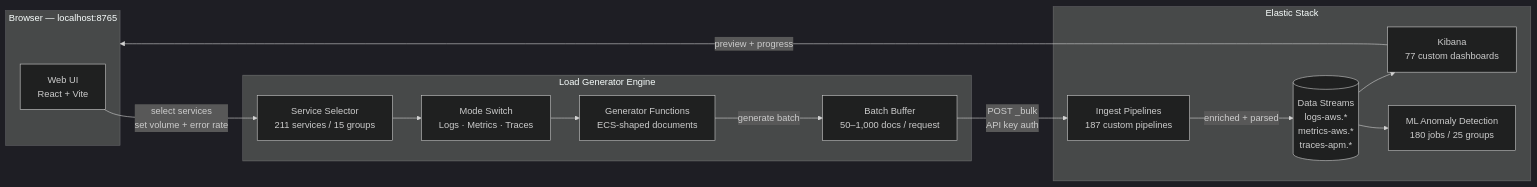
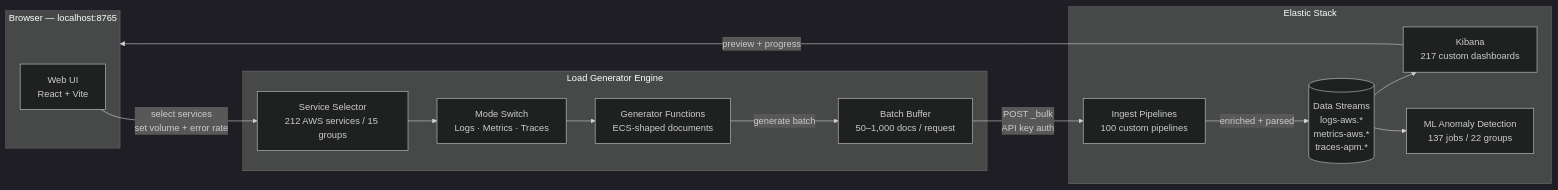
Before and after one commit to rkernutt/cloud-to-elastic-load-generator: the first of 14 diagrams in docs/diagrams.md, drawn with Mermaid (dark theme). The commit also changed other lines of this file and 13 other files, not shown here.

````diff
--- a/docs/diagrams.md
+++ b/docs/diagrams.md
@@ -7,30 +9,30 @@
 ```mermaid
 flowchart LR
     subgraph Browser["Browser — localhost:8765"]
         UI["Web UI\nReact + Vite"]
     end
 
     subgraph Engine["Load Generator Engine"]
-        SEL["Service Selector\n211 services / 15 groups"]
+        SEL["Service Selector\n212 AWS services / 15 groups"]
         MODE["Mode Switch\nLogs · Metrics · Traces"]
         GEN["Generator Functions\nECS-shaped documents"]
         BUF["Batch Buffer\n50–1,000 docs / request"]
     end
 
     subgraph Elastic["Elastic Stack"]
-        PIPE["Ingest Pipelines\n187 custom pipelines"]
+        PIPE["Ingest Pipelines\n100 custom pipelines"]
         DS[("Data Streams\nlogs-aws.*\nmetrics-aws.*\ntraces-apm.*")]
-        KB["Kibana\n77 custom dashboards"]
-        ML["ML Anomaly Detection\n180 jobs / 25 groups"]
+        KB["Kibana\n217 custom dashboards"]
+        ML["ML Anomaly Detection\n137 jobs / 22 groups"]
     end
 
     UI -->|"select services\nset volume + error rate"| SEL
     SEL --> MODE
     MODE --> GEN
     GEN -->|"generate batch"| BUF
     BUF -->|"POST _bulk\nAPI key auth"| PIPE
     PIPE -->|"enriched + parsed"| DS
     DS --> KB
     DS --> ML
     KB -->|"preview + progress"| Browser
 ```
````
